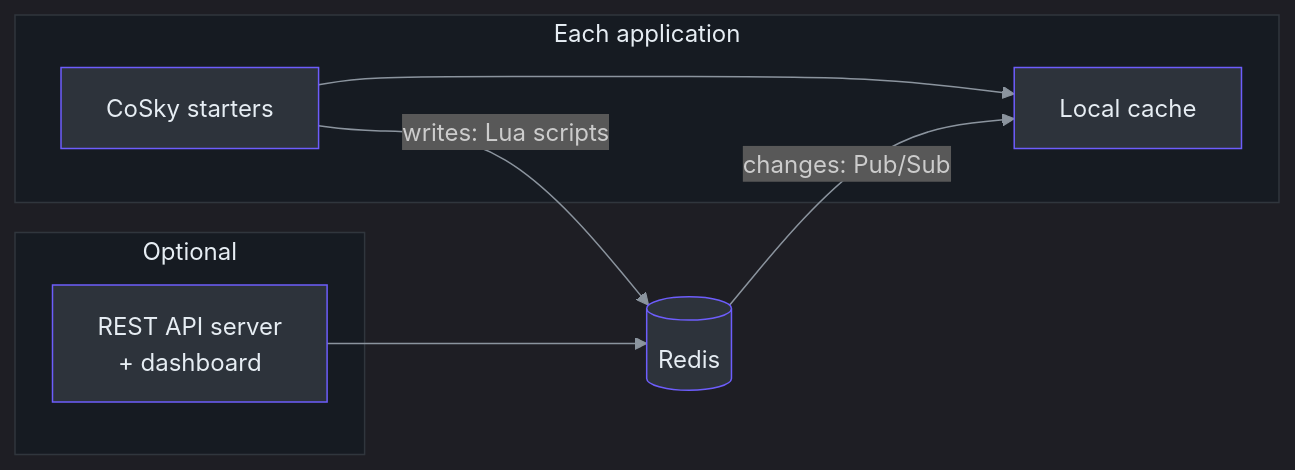
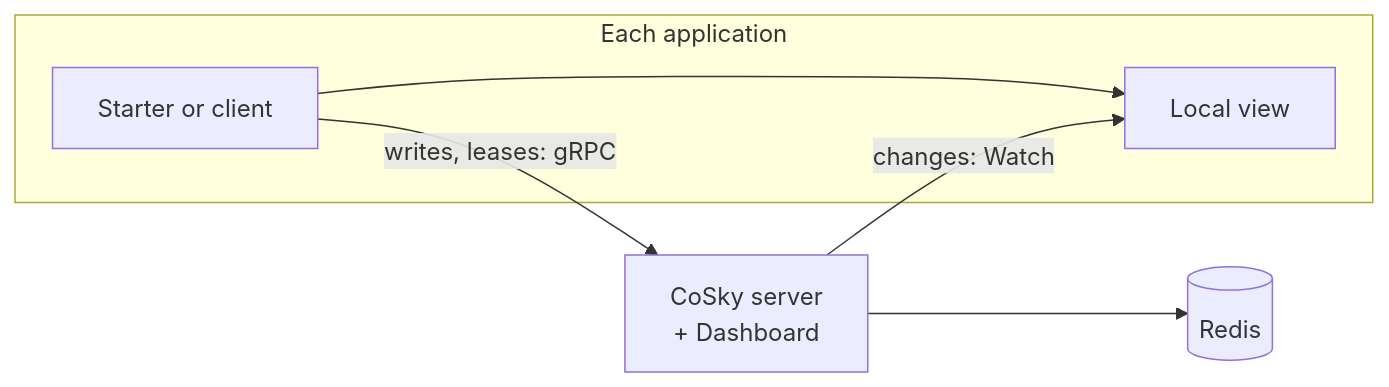
Before and after one commit to Ahoo-Wang/CoSky: the diagram in wiki/guide/index.md, drawn with Mermaid. The commit also changed other lines of this file and 69 other files, not shown here.

First line of the commit message:
docs: rewrite the wiki for 8.0, and render diagrams as CoCache does (#1036)

````diff
--- a/wiki/guide/index.md
+++ b/wiki/guide/index.md
@@ -12,20 +12,11 @@
 ```mermaid
-%%{init: {'theme':'dark', 'themeVariables': {'primaryColor':'#2d333b','primaryBorderColor':'#6d5dfc','primaryTextColor':'#e6edf3','lineColor':'#8b949e','secondaryColor':'#161b22','tertiaryColor':'#161b22'}}}%%
 graph LR
     subgraph App["Each application"]
-        style App fill:#161b22,stroke:#30363d,color:#e6edf3
-        STARTER["CoSky starters"] --> CACHE["Local cache"]
+        STARTER["Starter or client"] --> VIEW["Local view"]
     end
-    subgraph Ops["Optional"]
-        style Ops fill:#161b22,stroke:#30363d,color:#e6edf3
-        SERVER["REST API server<br>+ dashboard"]
-    end
+    SERVER["CoSky server<br>+ Dashboard"]
     REDIS[("Redis")]
-    STARTER -- "writes: Lua scripts" --> REDIS
-    REDIS -- "changes: Pub/Sub" --> CACHE
+    STARTER -- "writes, leases: gRPC" --> SERVER
+    SERVER -- "changes: Watch" --> VIEW
     SERVER --> REDIS
-    style STARTER fill:#2d333b,stroke:#6d5dfc,color:#e6edf3
-    style CACHE fill:#2d333b,stroke:#6d5dfc,color:#e6edf3
-    style SERVER fill:#2d333b,stroke:#6d5dfc,color:#e6edf3
-    style REDIS fill:#2d333b,stroke:#6d5dfc,color:#e6edf3
 ```
````
